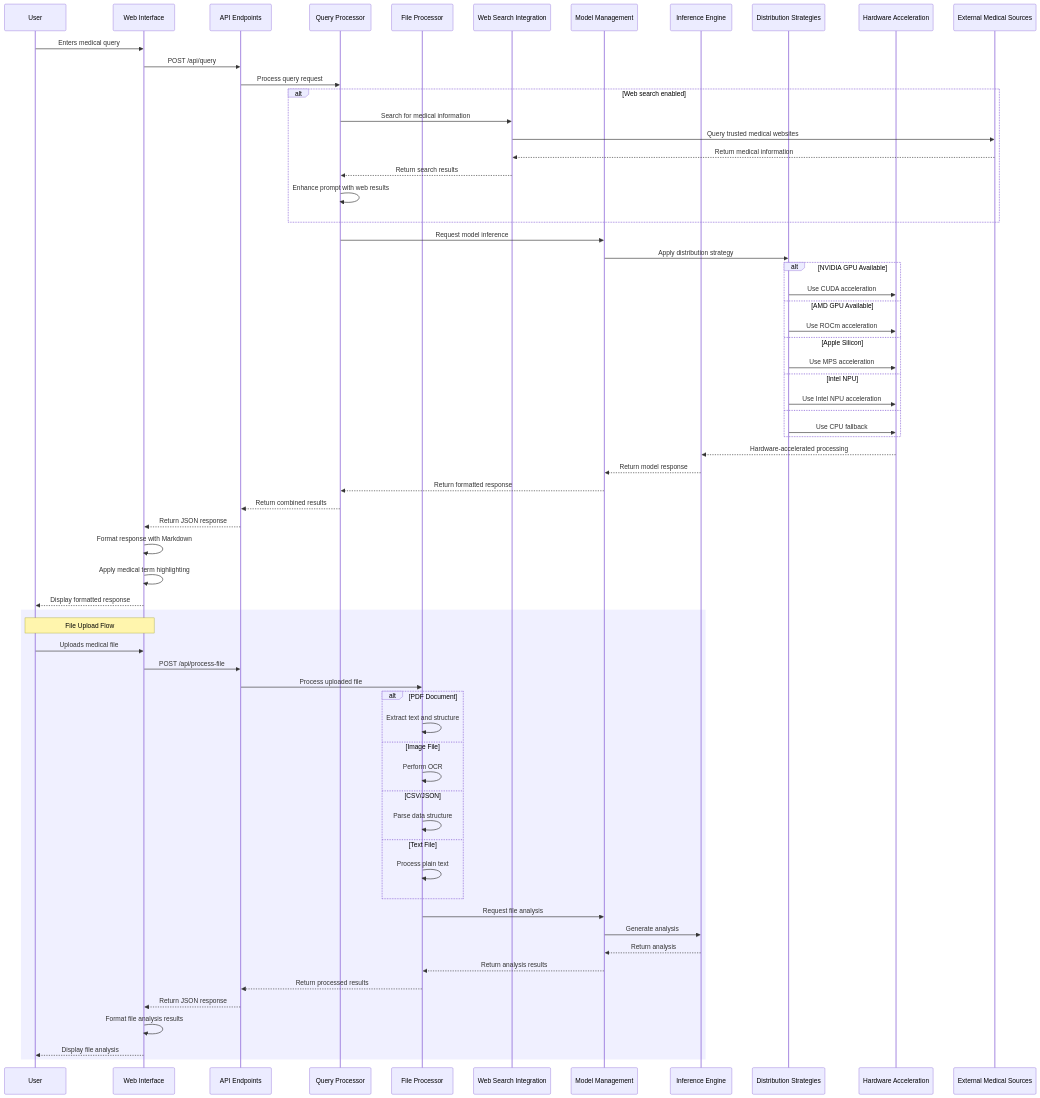
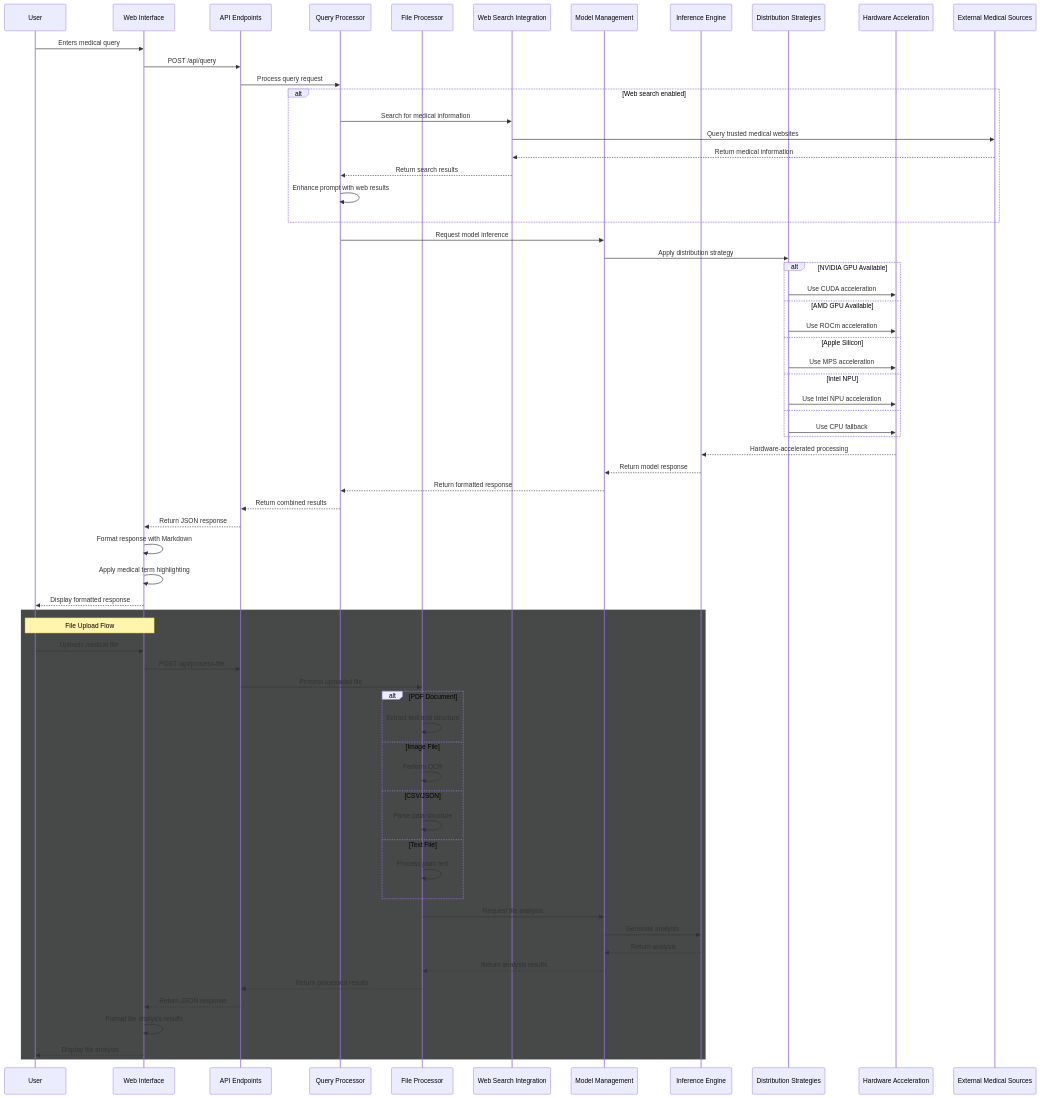
Before and after one commit to aka-0x4C3DD/mastersDegree-finalProject: the second of 2 diagrams in README.md, drawn with Mermaid.

```diff
--- a/README.md
+++ b/README.md
@@ -267,8 +267,8 @@
     WebUI-->>User: Display formatted response
 
     %% Alternative flow for file upload
-    rect rgb(240, 240, 255)
-        Note over User,WebUI: File Upload Flow
+    rect rgb(71, 73, 73)
+        Note over User,WebUI: File Upload Flow 
         User->>WebUI: Uploads medical file
         WebUI->>APILayer: POST /api/process-file
         APILayer->>FileProc: Process uploaded file
```
